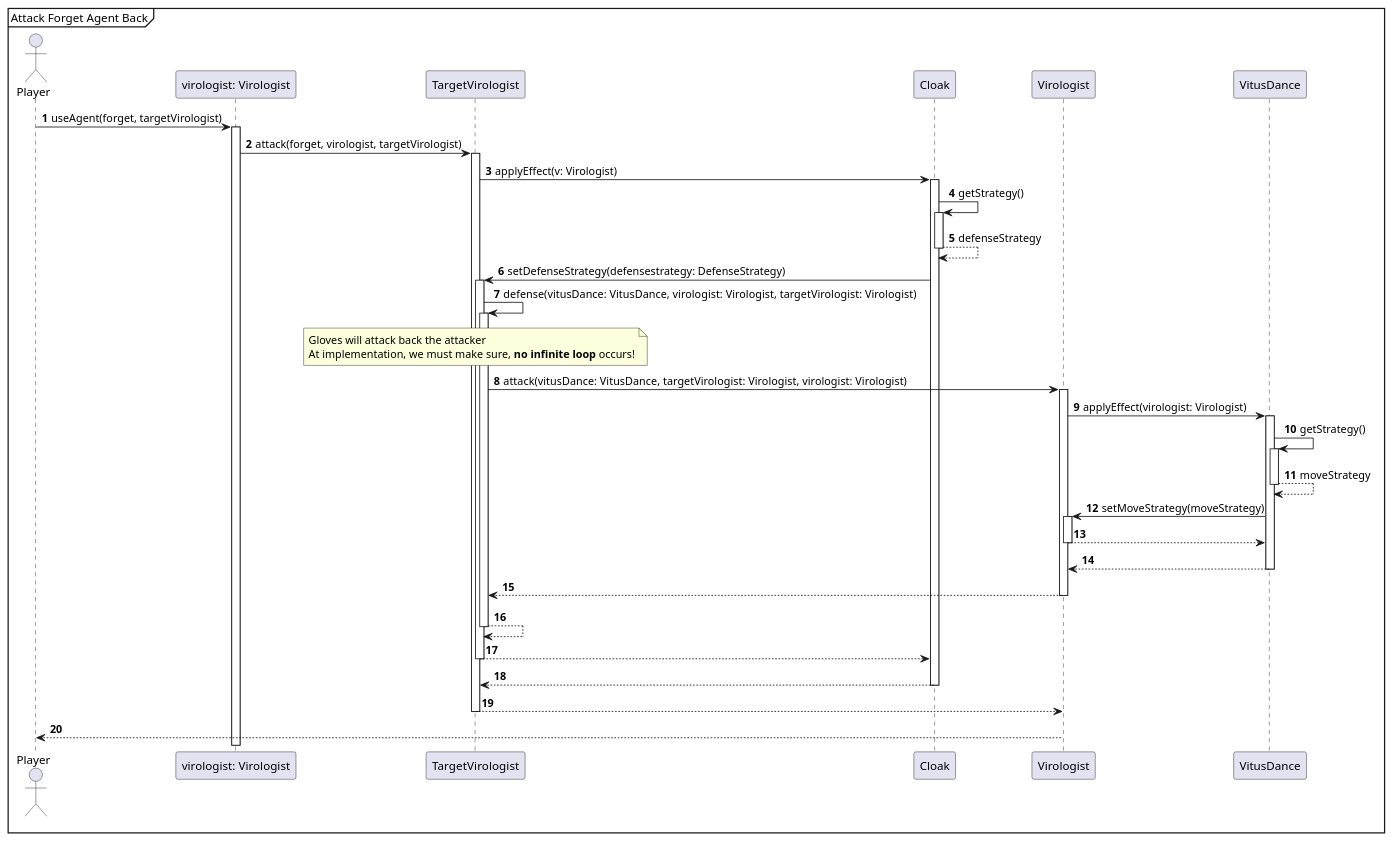
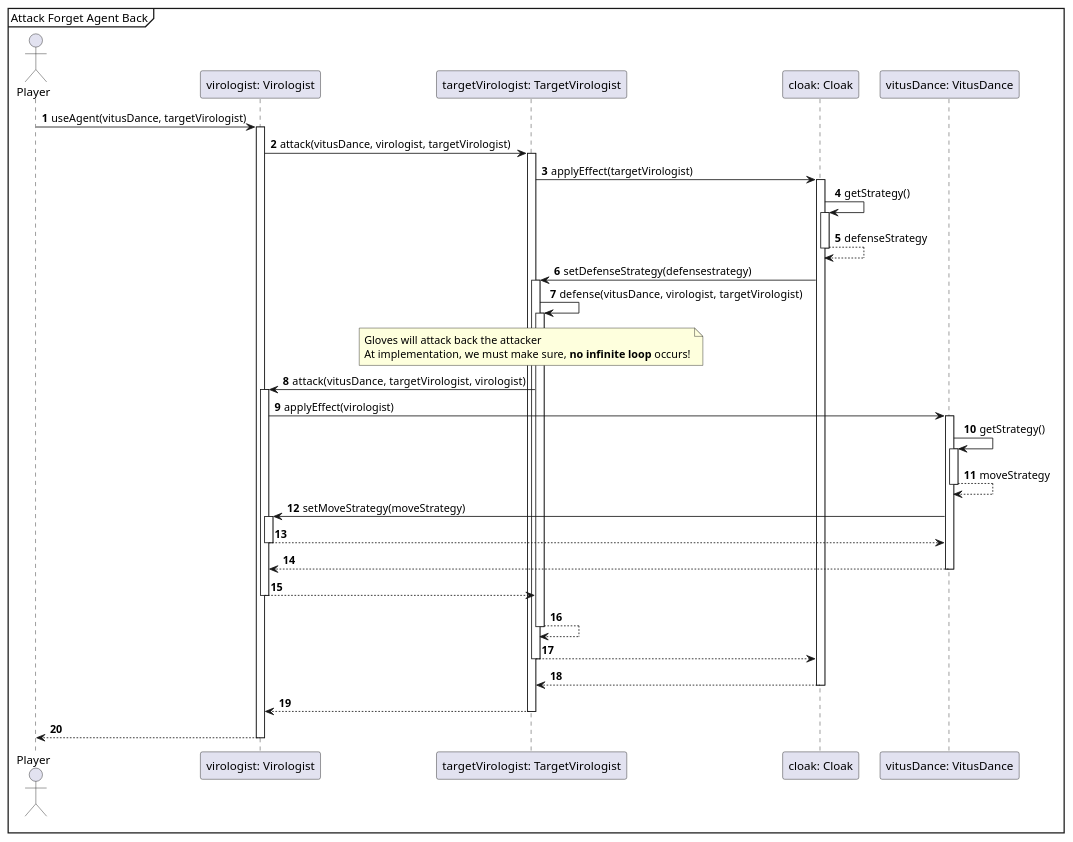
The diagram in Exact Sequence-diagrams/AttackVitusAgentBACK.puml (Projlab-csb/projlab-virologus), drawn with PlantUML before and after one commit. The commit also changed 15 other files, not shown here.

```diff
--- a/Exact Sequence-diagrams/AttackVitusAgentBACK.puml
+++ b/Exact Sequence-diagrams/AttackVitusAgentBACK.puml
@@ -1,47 +1,47 @@
 @startuml
 'https://plantuml.com/sequence-diagram
 
 autonumber
 
 mainframe Attack Forget Agent Back
 
 actor Player
 
-Player -> "virologist: Virologist"++: useAgent(forget, targetVirologist)
-"virologist: Virologist" -> TargetVirologist++: attack(forget, virologist, targetVirologist)
-TargetVirologist -> Cloak++ : applyEffect(v: Virologist)
+Player -> "virologist: Virologist"++: useAgent(vitusDance, targetVirologist)
+"virologist: Virologist" -> "targetVirologist: TargetVirologist"++: attack(vitusDance, virologist, targetVirologist)
+"targetVirologist: TargetVirologist" -> "cloak: Cloak"++ : applyEffect(targetVirologist)
 
-Cloak -> Cloak++ : getStrategy()
-Cloak --> Cloak-- : defenseStrategy
+"cloak: Cloak" -> "cloak: Cloak"++ : getStrategy()
+"cloak: Cloak" --> "cloak: Cloak"-- : defenseStrategy
 
-Cloak -> TargetVirologist++: setDefenseStrategy(defensestrategy: DefenseStrategy)
+"cloak: Cloak" -> "targetVirologist: TargetVirologist"++: setDefenseStrategy(defensestrategy)
 
-TargetVirologist -> TargetVirologist++: defense(vitusDance: VitusDance, virologist: Virologist,  targetVirologist: Virologist)
+"targetVirologist: TargetVirologist" -> "targetVirologist: TargetVirologist"++: defense(vitusDance, virologist,  targetVirologist)
 
-note over TargetVirologist
+note over "targetVirologist: TargetVirologist"
     Gloves will attack back the attacker
     At implementation, we must make sure, **no infinite loop** occurs!
 end note
 
-TargetVirologist -> Virologist++: attack(vitusDance: VitusDance,  targetVirologist: Virologist, virologist: Virologist)
-Virologist -> VitusDance++ : applyEffect(virologist: Virologist)
+"targetVirologist: TargetVirologist" -> "virologist: Virologist"++: attack(vitusDance,  targetVirologist, virologist)
+"virologist: Virologist" -> "vitusDance: VitusDance"++ : applyEffect(virologist)
 
-       VitusDance -> VitusDance++ : getStrategy()
-       VitusDance --> VitusDance-- : moveStrategy
+       "vitusDance: VitusDance" -> "vitusDance: VitusDance"++ : getStrategy()
+       "vitusDance: VitusDance" --> "vitusDance: VitusDance"-- : moveStrategy
 
-       VitusDance -> Virologist++: setMoveStrategy(moveStrategy)
-       Virologist --> VitusDance--
+       "vitusDance: VitusDance" -> "virologist: Virologist"++: setMoveStrategy(moveStrategy)
+       "virologist: Virologist" --> "vitusDance: VitusDance"--
 
-       VitusDance --> Virologist--
-Virologist --> TargetVirologist--
+       "vitusDance: VitusDance" --> "virologist: Virologist"--
+"virologist: Virologist" --> "targetVirologist: TargetVirologist"--
 
-TargetVirologist --> TargetVirologist --
+"targetVirologist: TargetVirologist" --> "targetVirologist: TargetVirologist" --
 
-TargetVirologist --> Cloak --
-Cloak --> TargetVirologist --
+"targetVirologist: TargetVirologist" --> "cloak: Cloak" --
+"cloak: Cloak" --> "targetVirologist: TargetVirologist" --
 
 
-TargetVirologist --> Virologist --
+"targetVirologist: TargetVirologist" --> "virologist: Virologist" --
 
-Virologist --> Player --
+"virologist: Virologist" --> Player --
 @enduml
```
